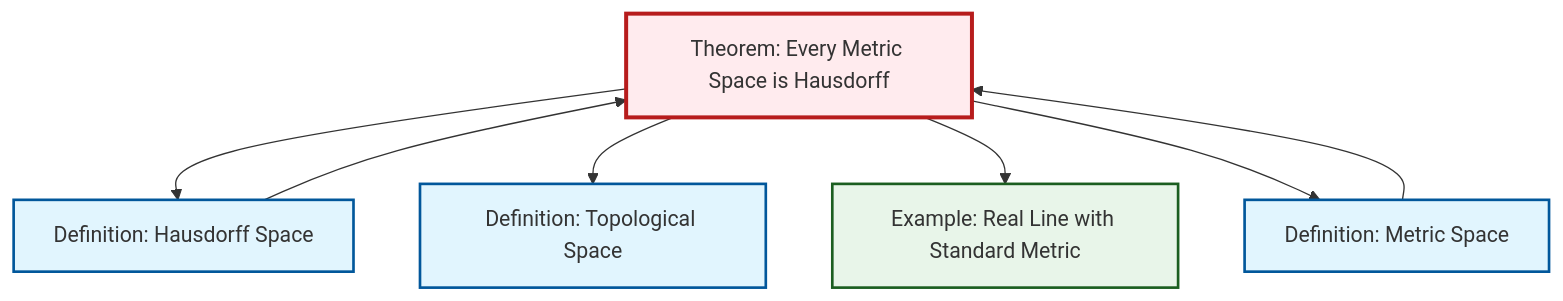
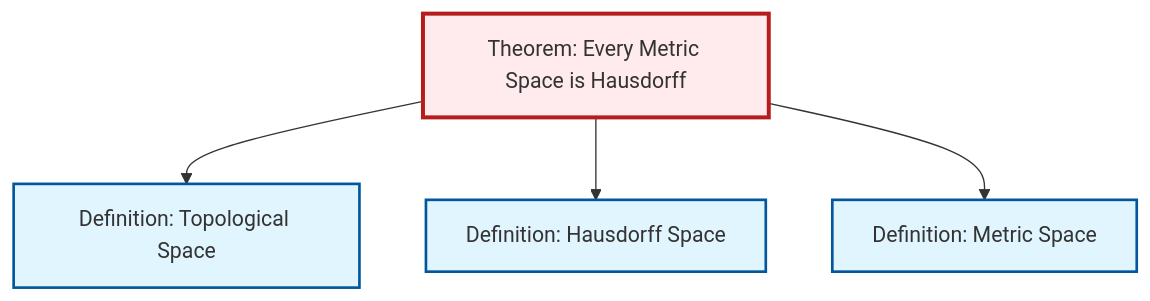
Before and after one commit to RK0429/ModernMath: the diagram in content/en/topology/thm-metric-hausdorff.qmd, drawn with Mermaid. The commit also changed 511 other files, not shown here.

````diff
--- a/content/en/topology/thm-metric-hausdorff.qmd
+++ b/content/en/topology/thm-metric-hausdorff.qmd
@@ -62,26 +62,17 @@
 ```{mermaid}
 %%| fig-cap: "Local dependency graph"
 graph TD
     classDef definition fill:#e1f5fe,stroke:#01579b,stroke-width:2px
     classDef theorem fill:#f3e5f5,stroke:#4a148c,stroke-width:2px
     classDef axiom fill:#fff3e0,stroke:#e65100,stroke-width:2px
     classDef example fill:#e8f5e9,stroke:#1b5e20,stroke-width:2px
     classDef current fill:#ffebee,stroke:#b71c1c,stroke-width:3px
     def-topological-space["Definition: Topological Space"]:::definition
     thm-metric-hausdorff["Theorem: Every Metric Space is Hausdorff"]:::theorem
-    ex-real-line-metric["Example: Real Line with Standard Metric"]:::example
     def-hausdorff["Definition: Hausdorff Space"]:::definition
     def-metric-space["Definition: Metric Space"]:::definition
-    def-hausdorff --> thm-metric-hausdorff
+    thm-metric-hausdorff --> def-topological-space
     thm-metric-hausdorff --> def-hausdorff
-    def-metric-space --> thm-metric-hausdorff
-    thm-metric-hausdorff --> def-topological-space
-    thm-metric-hausdorff --> ex-real-line-metric
     thm-metric-hausdorff --> def-metric-space
     class thm-metric-hausdorff current
-
-    click def-topological-space "def-topological-space.html" "Go to Topological Space definition"
-    click ex-real-line-metric "ex-real-line-metric.html" "Go to Real Line with Standard Metric example"
-    click def-hausdorff "def-hausdorff.html" "Go to Hausdorff Space definition"
-    click def-metric-space "def-metric-space.html" "Go to Metric Space definition"
 ```
````
